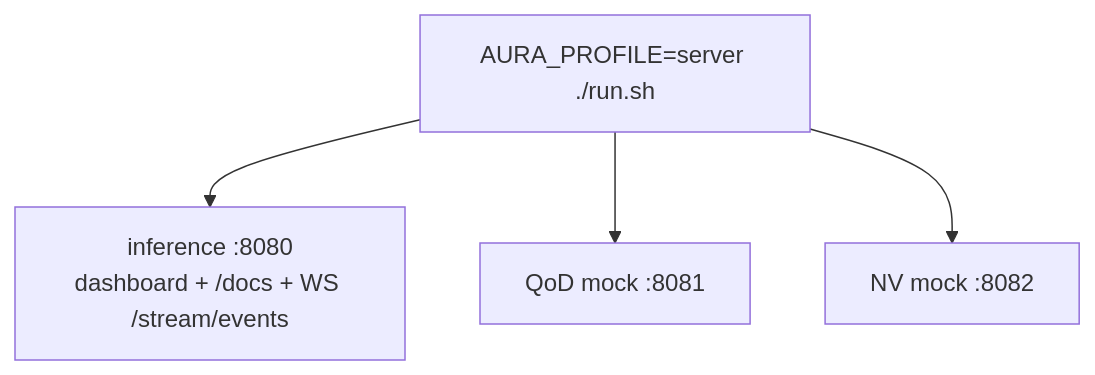
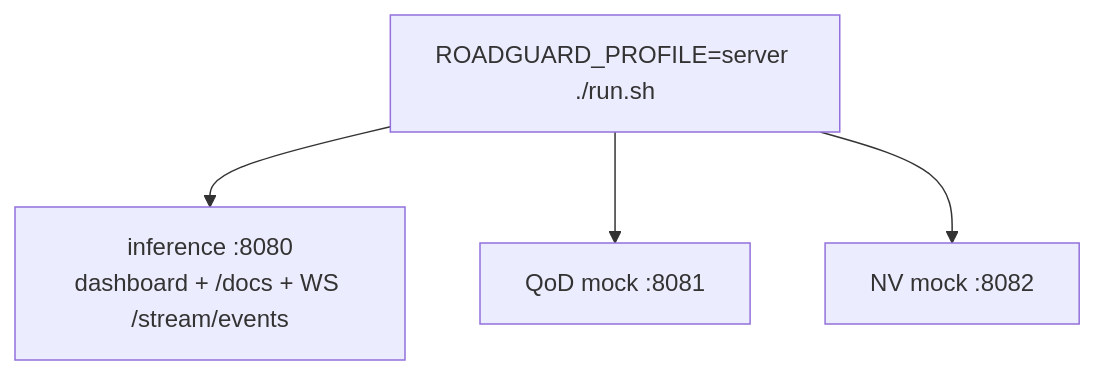
One commit to cleoanka/teknofest-prototip.v2 changed the second of 3 diagrams in docs/dagitim.md. Above: the diagram before and after it, drawn with Mermaid. The commit also changed other lines of this file and 233 other files, not shown here.

First line of the commit message:
rebrand: tam iç rename — aura → roadguard (paket + env + sınıf + alan adları)

````diff
--- a/docs/dagitim.md
+++ b/docs/dagitim.md
@@ -78,6 +78,6 @@
 ```mermaid
 flowchart TD
-    RUN["AURA_PROFILE=server ./run.sh"] --> INF["inference :8080<br/>dashboard + /docs + WS /stream/events"]
+    RUN["ROADGUARD_PROFILE=server ./run.sh"] --> INF["inference :8080<br/>dashboard + /docs + WS /stream/events"]
     RUN --> QOD["QoD mock :8081"]
     RUN --> NV["NV mock :8082"]
 ```
````
